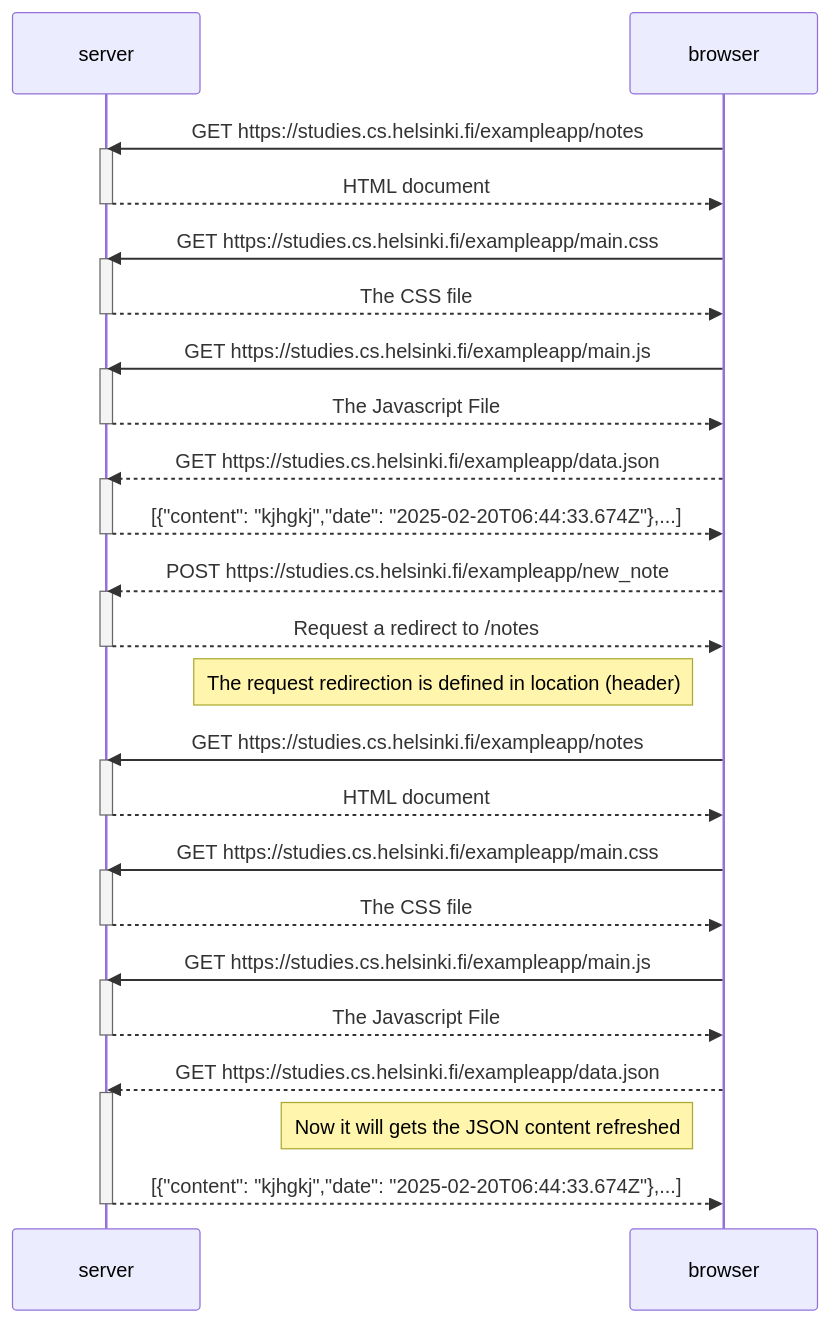
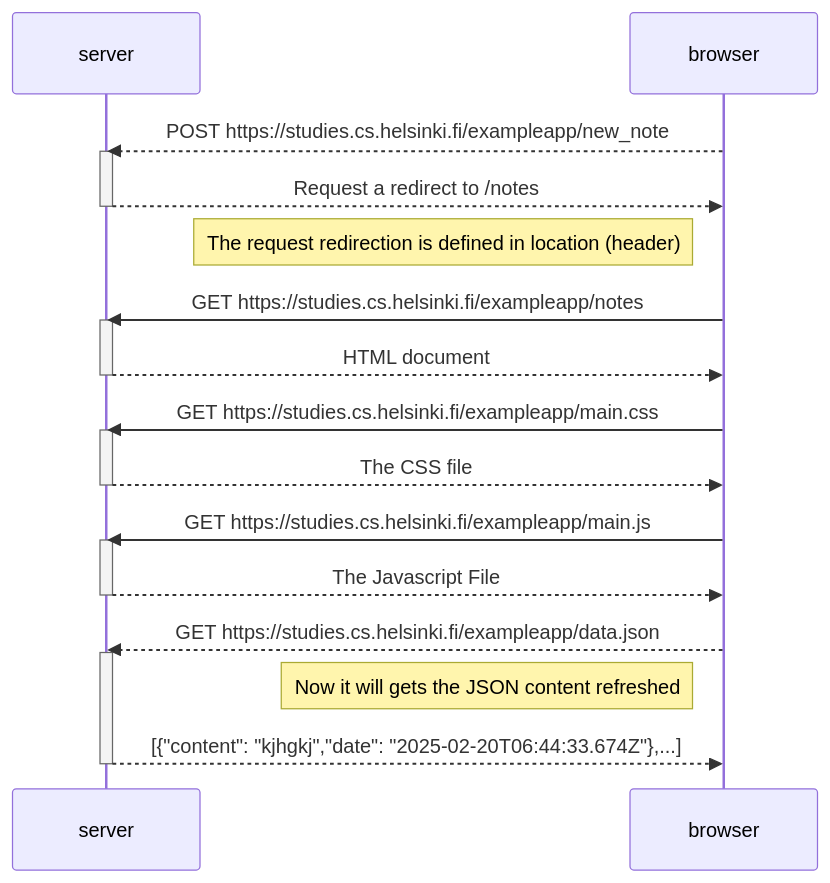
The diagram in Part0.4.md (Peiibol1017/Opencourse.Part0), drawn with Mermaid before and after one commit.

````diff
--- a/Part0.4.md
+++ b/Part0.4.md
@@ -1,43 +1,27 @@
 ```mermaid
 sequenceDiagram
 participant server
 participant browser
-browser->>server: GET https://studies.cs.helsinki.fi/exampleapp/notes
-    activate server
-    server-->>browser: HTML document
-    deactivate server
-browser->>server: GET https://studies.cs.helsinki.fi/exampleapp/main.css
-activate server
-server-->>browser: The CSS file
-deactivate server
-browser->>server: GET https://studies.cs.helsinki.fi/exampleapp/main.js
-activate server
-server-->>browser: The Javascript File
-deactivate server
-browser-->>server: GET https://studies.cs.helsinki.fi/exampleapp/data.json
-activate server
-server-->>browser: [{"content": "kjhgkj","date": "2025-02-20T06:44:33.674Z"},...]
-deactivate server
 browser-->>server: POST https://studies.cs.helsinki.fi/exampleapp/new_note
 activate server
 server-->>browser: Request a redirect to /notes
 deactivate server
 Note left of browser: The request redirection is defined in location (header)
 browser->>server: GET https://studies.cs.helsinki.fi/exampleapp/notes
 activate server
 server-->>browser: HTML document
 deactivate server
 browser->>server: GET https://studies.cs.helsinki.fi/exampleapp/main.css
 activate server
 server-->>browser: The CSS file
 deactivate server
 browser->>server: GET https://studies.cs.helsinki.fi/exampleapp/main.js
 activate server
 server-->>browser: The Javascript File
 deactivate server
 browser-->>server: GET https://studies.cs.helsinki.fi/exampleapp/data.json
 activate server
 note left of browser: Now it will gets the JSON content refreshed
 server-->>browser: [{"content": "kjhgkj","date": "2025-02-20T06:44:33.674Z"},...]
 deactivate server
 ```
````
